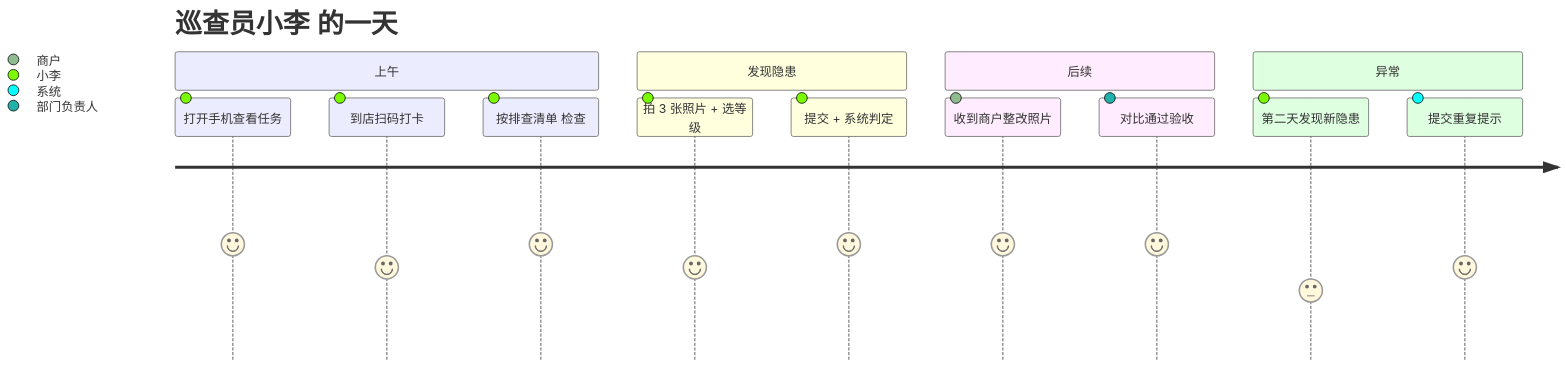
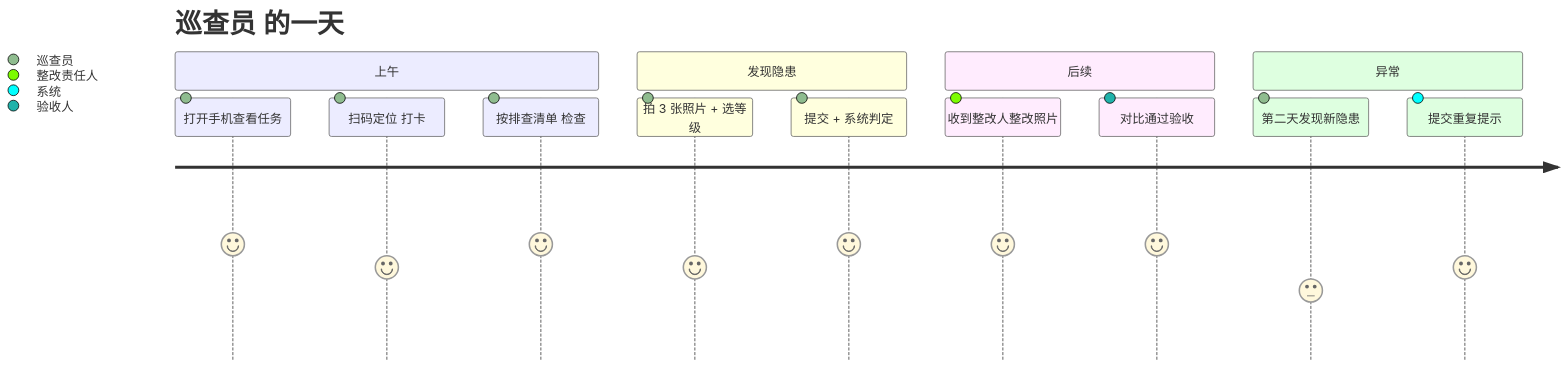
Before and after one commit to LiSunny/SaaS_Demo: the fifth of 8 diagrams in docs/隐患管理/biz-design-大纲.md, drawn with Mermaid. The commit also changed other lines of this file and 1 other file, not shown here.

````diff
--- a/docs/隐患管理/biz-design-大纲.md
+++ b/docs/隐患管理/biz-design-大纲.md
@@ -397,17 +397,17 @@
 ```mermaid
 journey
-    title 巡查员小李 的一天
+    title 巡查员 的一天
     section 上午
-      打开手机查看任务: 5: 小李
-      到店扫码打卡: 4: 小李
-      按排查清单 检查: 5: 小李
+      打开手机查看任务: 5: 巡查员
+      扫码定位 打卡: 4: 巡查员
+      按排查清单 检查: 5: 巡查员
     section 发现隐患
-      拍 3 张照片 + 选等级: 4: 小李
-      提交 + 系统判定: 5: 小李
+      拍 3 张照片 + 选等级: 4: 巡查员
+      提交 + 系统判定: 5: 巡查员
     section 后续
-      收到商户整改照片: 5: 商户
-      对比通过验收: 5: 部门负责人
+      收到整改人整改照片: 5: 整改责任人
+      对比通过验收: 5: 验收人
     section 异常
-      第二天发现新隐患: 3: 小李
+      第二天发现新隐患: 3: 巡查员
       提交重复提示: 4: 系统
 ```
````
